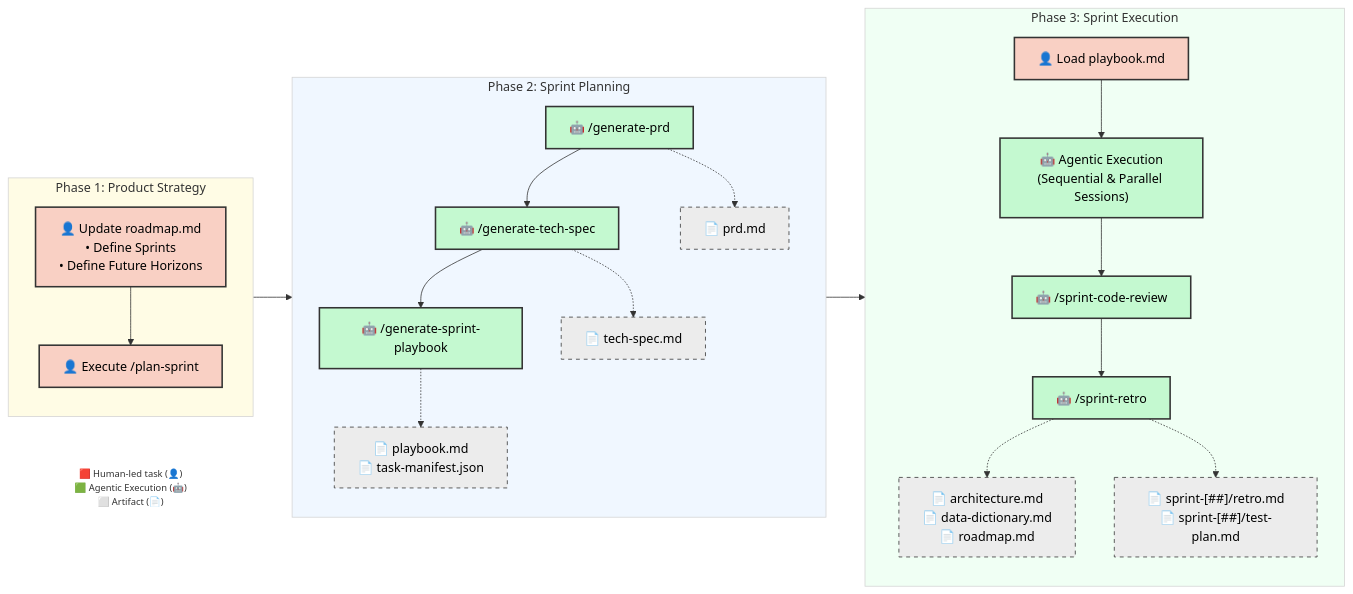
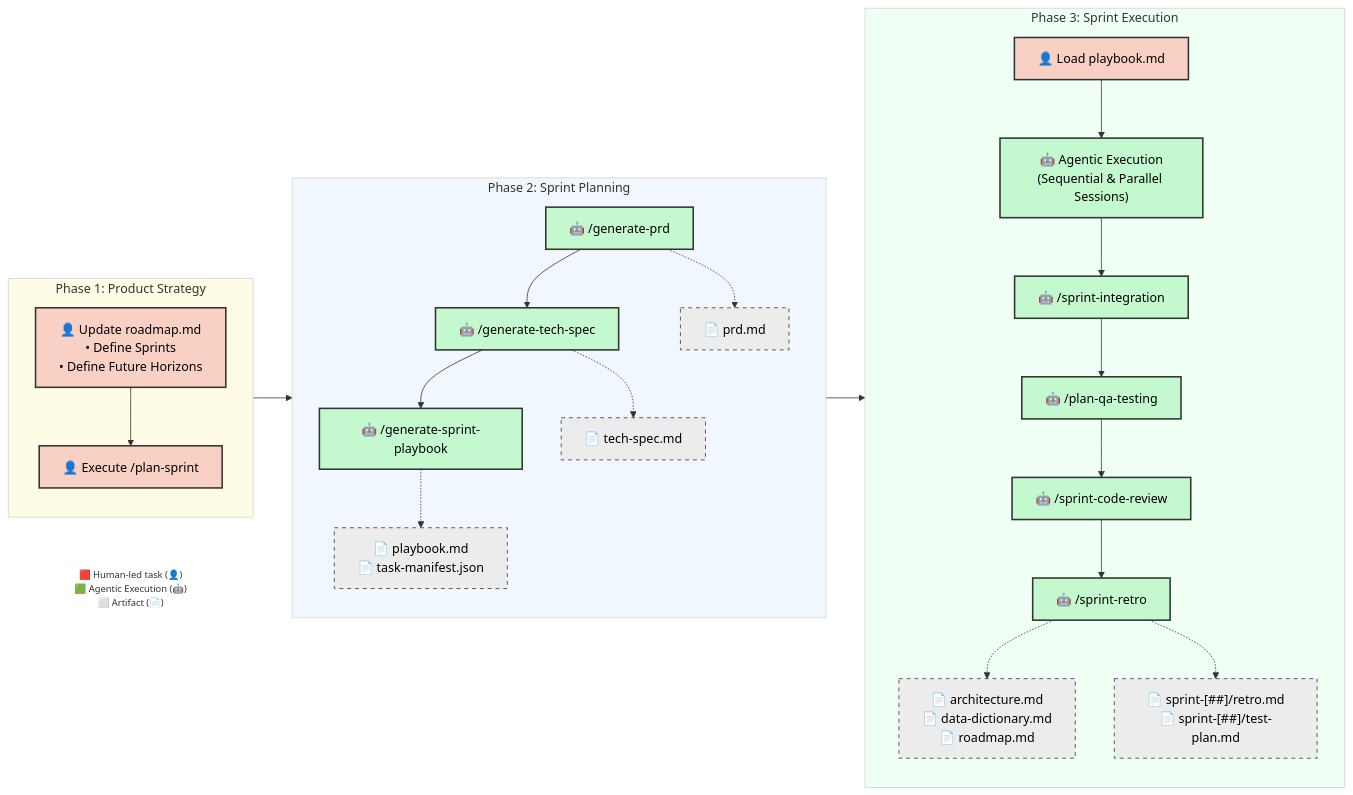
One commit to dsj1984/agent-protocols changed the diagram in .agents/SDLC.md. Above: the diagram before and after it, drawn with Mermaid. The commit also changed other lines of this file and 9 other files, not shown here.

````diff
--- a/.agents/SDLC.md
+++ b/.agents/SDLC.md
@@ -22,56 +22,60 @@
 ```mermaid
     graph LR
     classDef manual fill:#f9d0c4,stroke:#333,stroke-width:2px,color:#000;
     classDef agentic fill:#c4f9d0,stroke:#333,stroke-width:2px,color:#000;
     classDef artifact fill:#ececec,stroke:#333,stroke-width:1px,stroke-dasharray: 5 5,color:#000;
     classDef LegendNode fill:transparent,stroke:transparent,font-size:12px;
 
     %% Legend
     Legend["🟥 Human-led task (👤)<br/>🟩 Agentic Execution (🤖)<br/>⬜ Artifact (📄)"]:::LegendNode
 
     %% Phase 1: Product Strategy
     subgraph Phase1 ["Phase 1: Product Strategy"]
         direction TB
         B["👤 Update roadmap.md<br/>• Define Sprints<br/>• Define Future Horizons"]:::manual
         D["👤 Execute /plan-sprint"]:::manual
         B --> D
     end
 
     %% Phase 2: Automated Planning
     subgraph Phase2 ["Phase 2: Sprint Planning"]
         direction TB
         F["🤖 /generate-prd"]:::agentic
         G["🤖 /generate-tech-spec"]:::agentic
         H["🤖 /generate-sprint-playbook"]:::agentic
 
         F --> G
         G --> H
 
         F -.-> F_Art["📄 prd.md"]:::artifact
         G -.-> G_Art["📄 tech-spec.md"]:::artifact
         H -.-> H_Art["📄 playbook.md<br/>📄 task-manifest.json"]:::artifact
     end
 
     %% Phase 3: Execution & Closure
     subgraph Phase3 ["Phase 3: Sprint Execution"]
         direction TB
         I["👤 Load playbook.md"]:::manual
         J["🤖 Agentic Execution<br/>(Sequential & Parallel Sessions)"]:::agentic
+        K["🤖 /sprint-integration"]:::agentic
+        L["🤖 /plan-qa-testing"]:::agentic
         O["🤖 /sprint-code-review"]:::agentic
         P["🤖 /sprint-retro"]:::agentic
 
         I --> J
-        J --> O
+        J --> K
+        K --> L
+        L --> O
         O --> P
 
         P -.-> Q["📄 architecture.md<br/>📄 data-dictionary.md<br/>📄 roadmap.md"]:::artifact
         P -.-> R["📄 sprint-[##]/retro.md<br/>📄 sprint-[##]/test-plan.md"]:::artifact
     end
 
     style Phase1 fill:#fffce5,stroke:#d4d4d4,padding:0px
     style Phase2 fill:#f0f7ff,stroke:#d4d4d4,padding:0px
     style Phase3 fill:#f0fff4,stroke:#d4d4d4,padding:0px
 
     D --> F
     H_Art --> I
 ```
````
